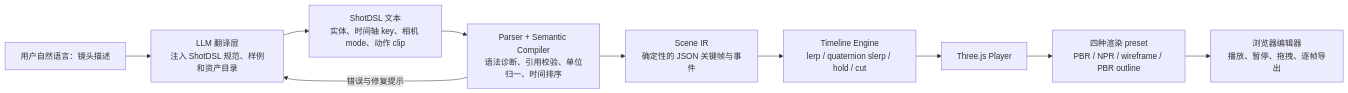
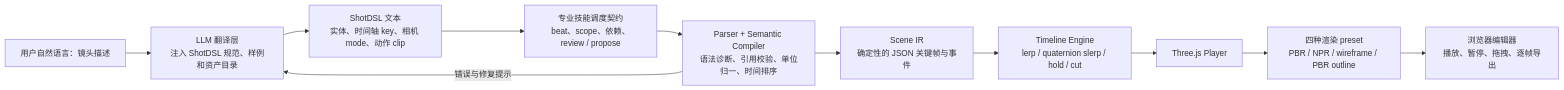
Before and after one commit to workingmin/shot-dsl: the diagram in README.md, drawn with Mermaid. The commit also changed other lines of this file and 28 other files, not shown here.

````diff
--- a/README.md
+++ b/README.md
@@ -93,12 +94,13 @@
 ```mermaid
 flowchart LR
     A[用户自然语言：镜头描述] --> B[LLM 翻译层<br/>注入 ShotDSL 规范、样例和资产目录]
     B --> C[ShotDSL 文本<br/>实体、时间轴 key、相机 mode、动作 clip]
-    C --> D[Parser + Semantic Compiler<br/>语法诊断、引用校验、单位归一、时间排序]
+    C --> O[专业技能调度契约<br/>beat、scope、依赖、review / propose]
+    O --> D[Parser + Semantic Compiler<br/>语法诊断、引用校验、单位归一、时间排序]
     D --> E[Scene IR<br/>确定性的 JSON 关键帧与事件]
     E --> F[Timeline Engine<br/>lerp / quaternion slerp / hold / cut]
     F --> G[Three.js Player]
     G --> H[四种渲染 preset<br/>PBR / NPR / wireframe / PBR outline]
     H --> I[浏览器编辑器<br/>播放、暂停、拖拽、逐帧导出]
     D -->|错误与修复提示| B
 ```
````
